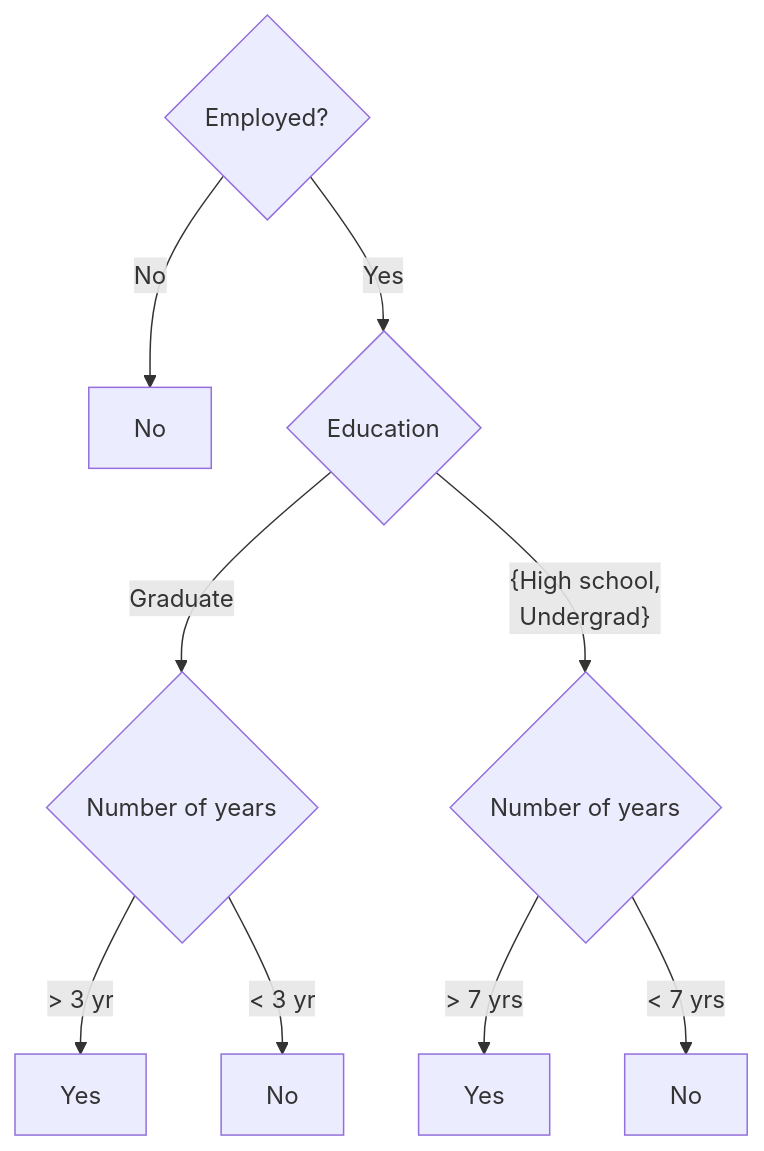
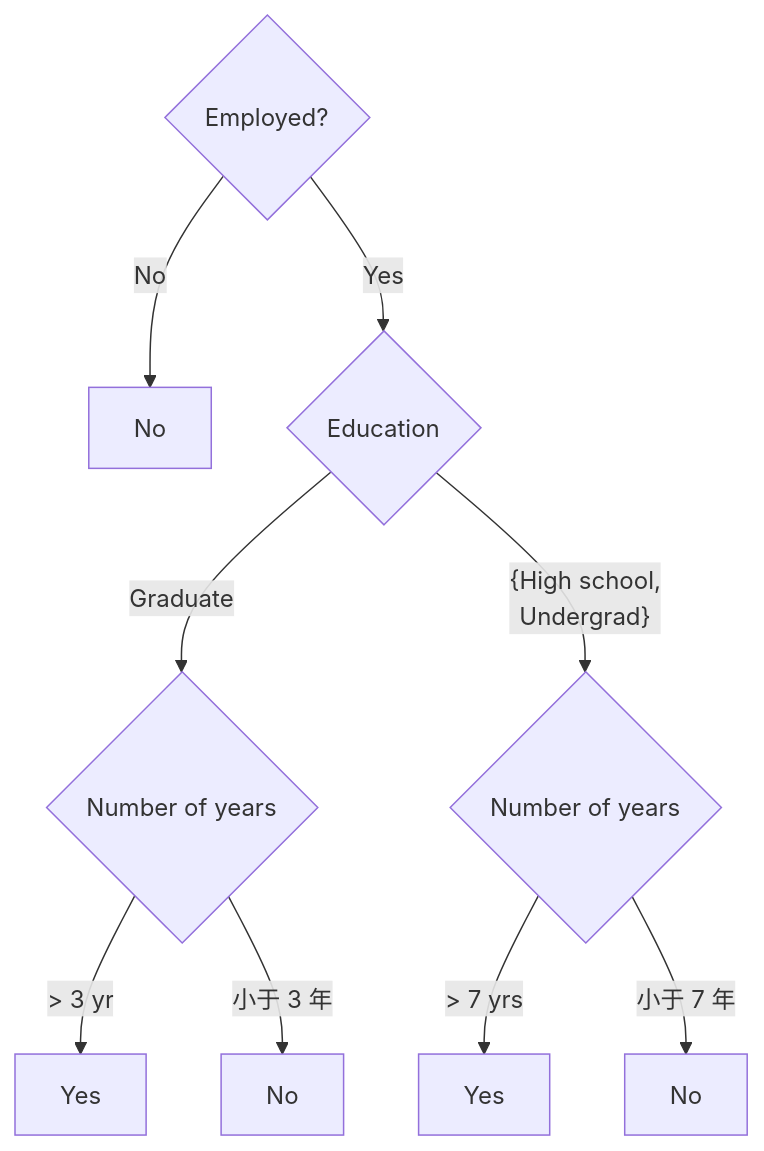
Before and after one commit to CercaTrovato/cityu-ai-course-notes: the ninth of 18 diagrams in IS6400_Business_Data_Analytics/notes/M01-导论-商业数据分析全景与工具链.md, drawn with Mermaid. The commit also changed other lines of this file and 224 other files, not shown here.

First line of the commit message:
完善五门课图文可读性并更新仓库首页

````diff
--- a/IS6400_Business_Data_Analytics/notes/M01-导论-商业数据分析全景与工具链.md
+++ b/IS6400_Business_Data_Analytics/notes/M01-导论-商业数据分析全景与工具链.md
@@ -1084,11 +1192,11 @@
 ```mermaid
 flowchart TD
     E{"Employed?"} -->|No| N1["No"]
     E -->|Yes| Ed{"Education"}
     Ed -->|Graduate| Y1{"Number of years"}
     Ed -->|"{High school,<br/>Undergrad}"| Y2{"Number of years"}
     Y1 -->|"> 3 yr"| A["Yes"]
-    Y1 -->|"< 3 yr"| B["No"]
+    Y1 -->|"小于 3 年"| B["No"]
     Y2 -->|"> 7 yrs"| C["Yes"]
-    Y2 -->|"< 7 yrs"| D["No"]
+    Y2 -->|"小于 7 年"| D["No"]
 ```
````
